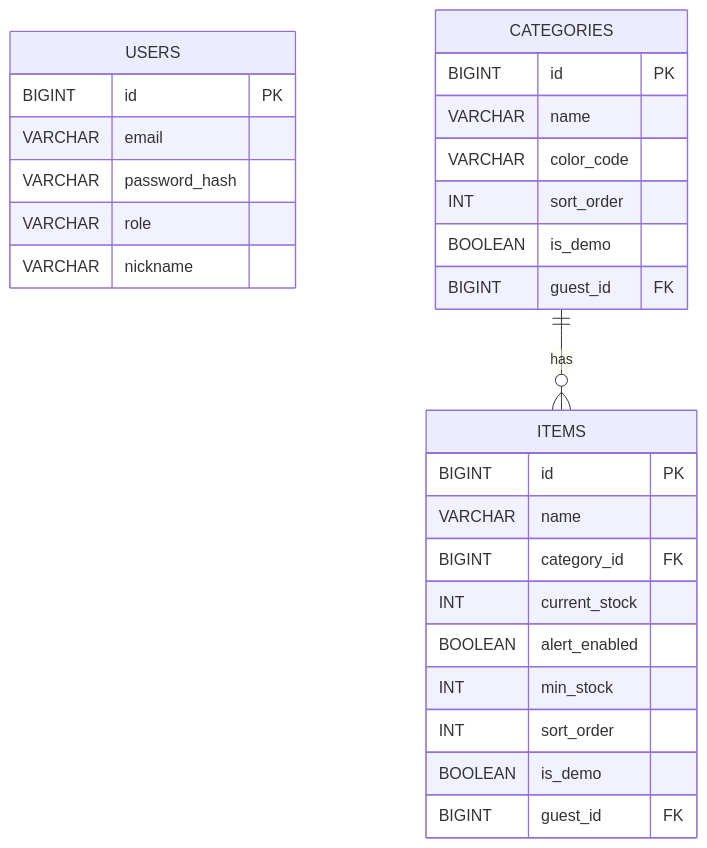
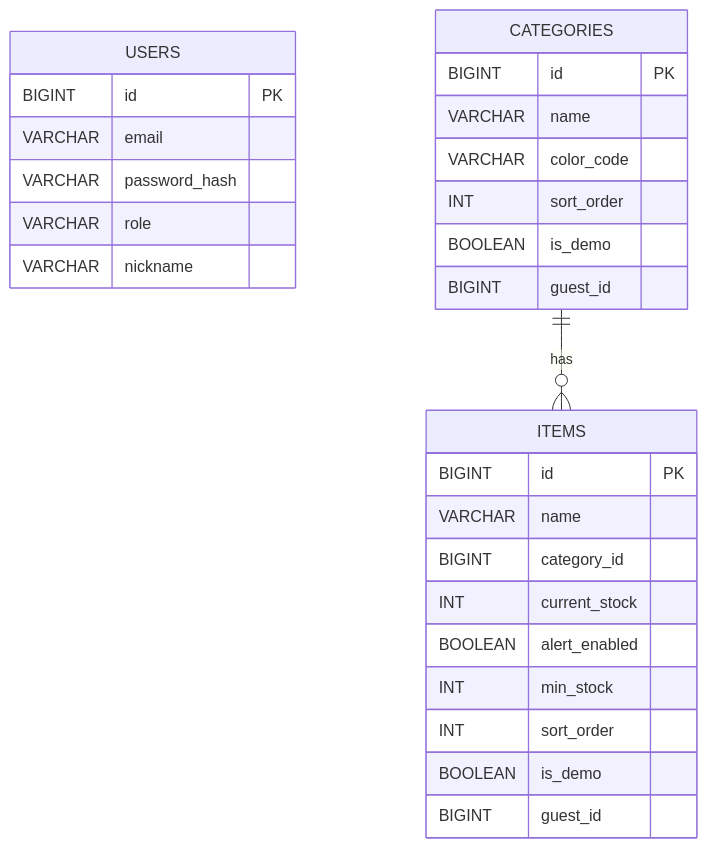
Before and after one commit to jykior/inventory-manager: the diagram in README.md, drawn with Mermaid. The commit also changed other lines of this file and 3 other files, not shown here.

````diff
--- a/README.md
+++ b/README.md
@@ -331,33 +146,33 @@
 ```mermaid
 erDiagram
     USERS {
         BIGINT id PK
         VARCHAR email
         VARCHAR password_hash
         VARCHAR role
         VARCHAR nickname
     }
 
     CATEGORIES {
         BIGINT id PK
         VARCHAR name
         VARCHAR color_code
         INT sort_order
         BOOLEAN is_demo
-        BIGINT guest_id FK
+        BIGINT guest_id 
     }
 
     ITEMS {
         BIGINT id PK
         VARCHAR name
-        BIGINT category_id FK
+        BIGINT category_id 
         INT current_stock
         BOOLEAN alert_enabled
         INT min_stock
         INT sort_order
         BOOLEAN is_demo
-        BIGINT guest_id FK
+        BIGINT guest_id 
     }
 
     CATEGORIES ||--o{ ITEMS: "has"
 ```
````
